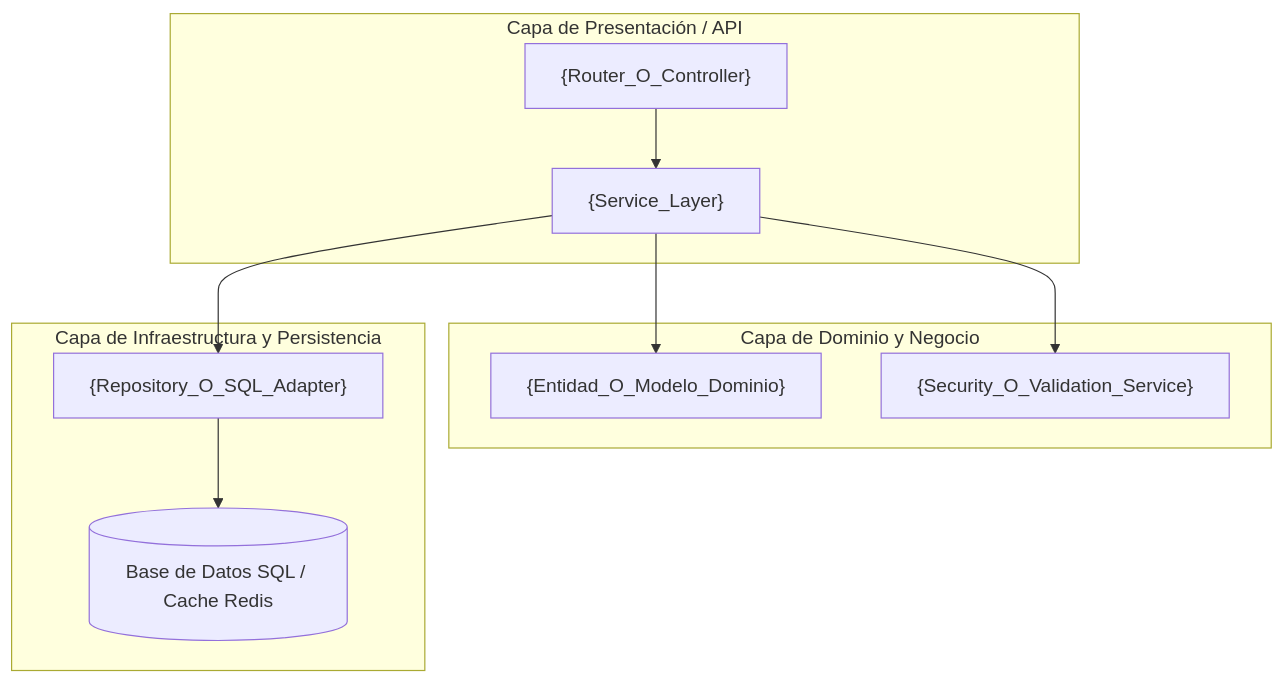
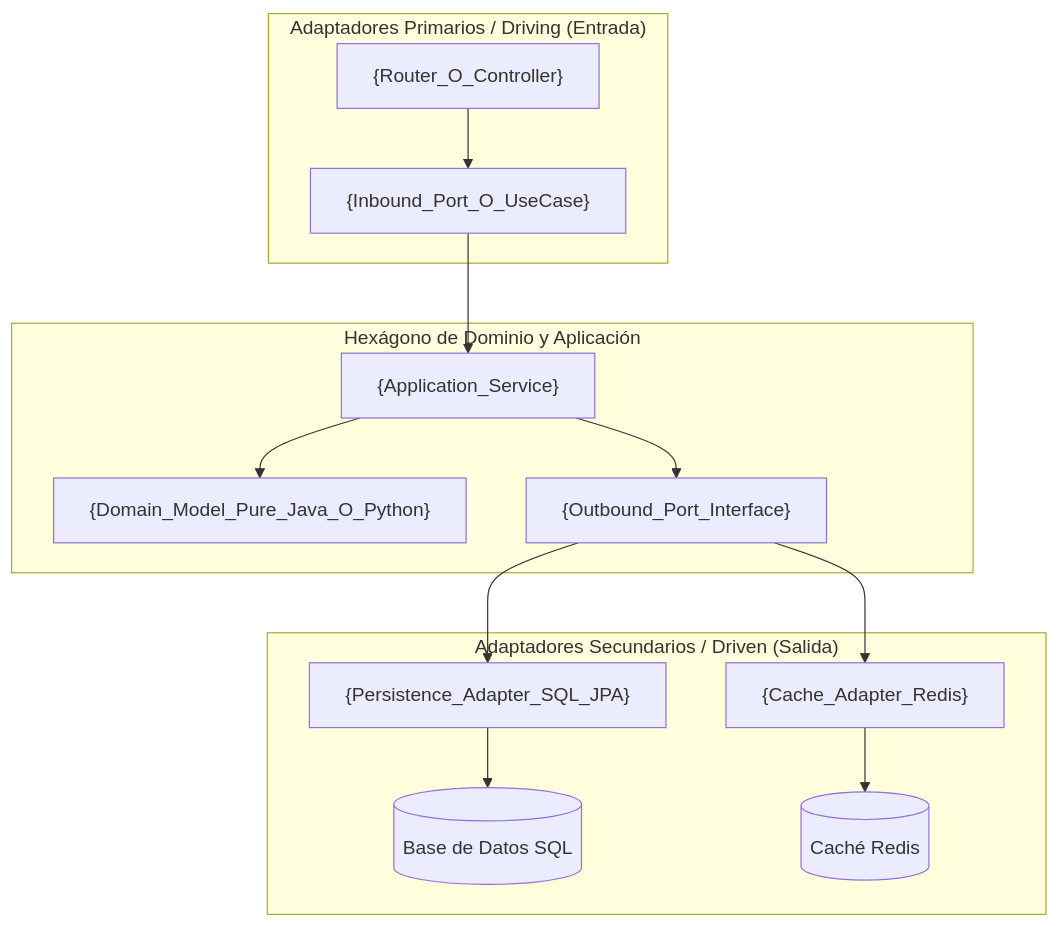
The first of 2 diagrams in .github/skills/sdlc-automation/templates/diseño.md (statico-statico/test_skill_to_auto_sdlc2), drawn with Mermaid before and after one commit. The commit also changed other lines of this file and 4 other files, not shown here.

Commit message:
feat(java): enforce hexagonal architecture (ports and adapters) for java solutions

````diff
--- a/.github/skills/sdlc-automation/templates/diseño.md
+++ b/.github/skills/sdlc-automation/templates/diseño.md
@@ -13,16 +24,19 @@
 ```mermaid
 graph TD
-    subgraph "Capa de Presentación / API"
-        A["{Router_O_Controller}"] --> B["{Service_Layer}"]
+    subgraph "Adaptadores Primarios / Driving (Entrada)"
+        A["{Router_O_Controller}"] --> B["{Inbound_Port_O_UseCase}"]
     end
 
-    subgraph "Capa de Dominio y Negocio"
-        B --> C["{Entidad_O_Modelo_Dominio}"]
-        B --> D["{Security_O_Validation_Service}"]
+    subgraph "Hexágono de Dominio y Aplicación"
+        B --> C["{Application_Service}"]
+        C --> D["{Domain_Model_Pure_Java_O_Python}"]
+        C --> E["{Outbound_Port_Interface}"]
     end
 
-    subgraph "Capa de Infraestructura y Persistencia"
-        B --> E["{Repository_O_SQL_Adapter}"]
-        E --> F[("Base de Datos SQL / Cache Redis")]
+    subgraph "Adaptadores Secundarios / Driven (Salida)"
+        E --> F["{Persistence_Adapter_SQL_JPA}"]
+        E --> G["{Cache_Adapter_Redis}"]
+        F --> H[("Base de Datos SQL")]
+        G --> I[("Caché Redis")]
     end
 ```
````
